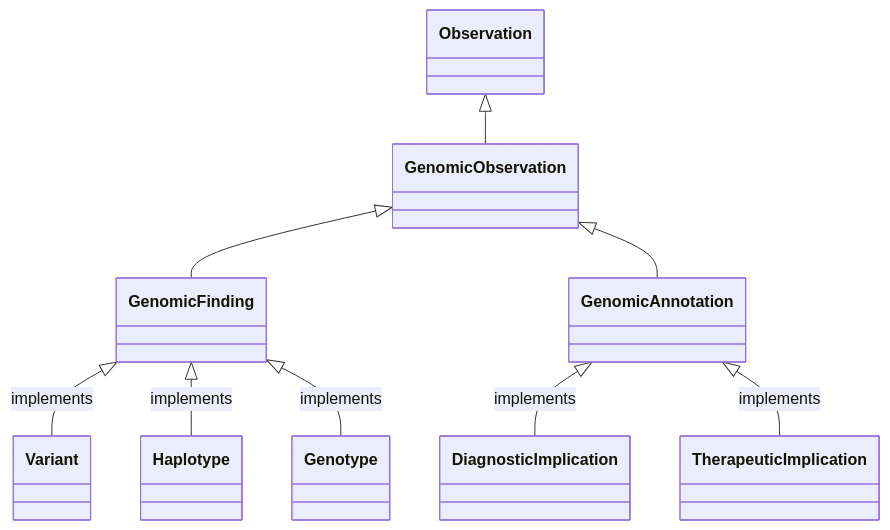
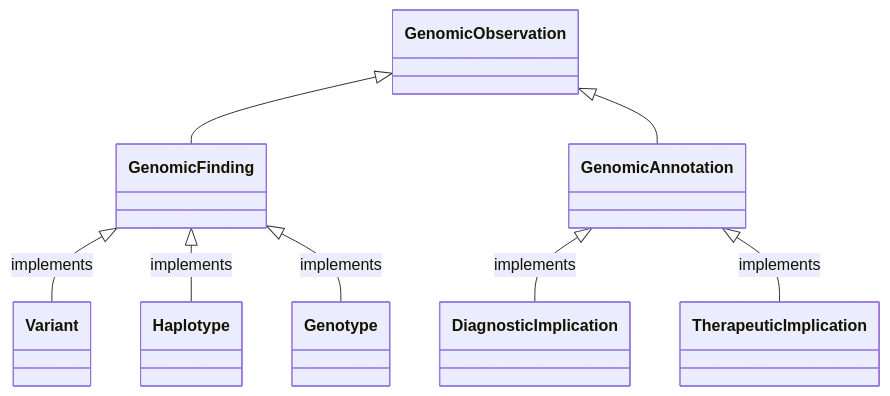
One commit to nw-gmsa/nw-gmsa.github.com changed the first of 2 diagrams in input/pagecontent/StructureDefinition-GenomicObservation-intro.md. Above: the diagram before and after it, drawn with Mermaid. The commit also changed other lines of this file and 1 other file, not shown here.

````diff
--- a/input/pagecontent/StructureDefinition-GenomicObservation-intro.md
+++ b/input/pagecontent/StructureDefinition-GenomicObservation-intro.md
@@ -3,15 +3,14 @@
 ```mermaid
 classDiagram
 
 
-Observation <|-- GenomicObservation
 GenomicObservation <|-- GenomicFinding 
 GenomicObservation <|-- GenomicAnnotation
 
 GenomicFinding <|-- Variant :implements
 GenomicFinding <|-- Haplotype :implements
 GenomicFinding <|-- Genotype :implements
 
 GenomicAnnotation <|-- DiagnosticImplication :implements
 GenomicAnnotation <|-- TherapeuticImplication :implements
 ```
````
